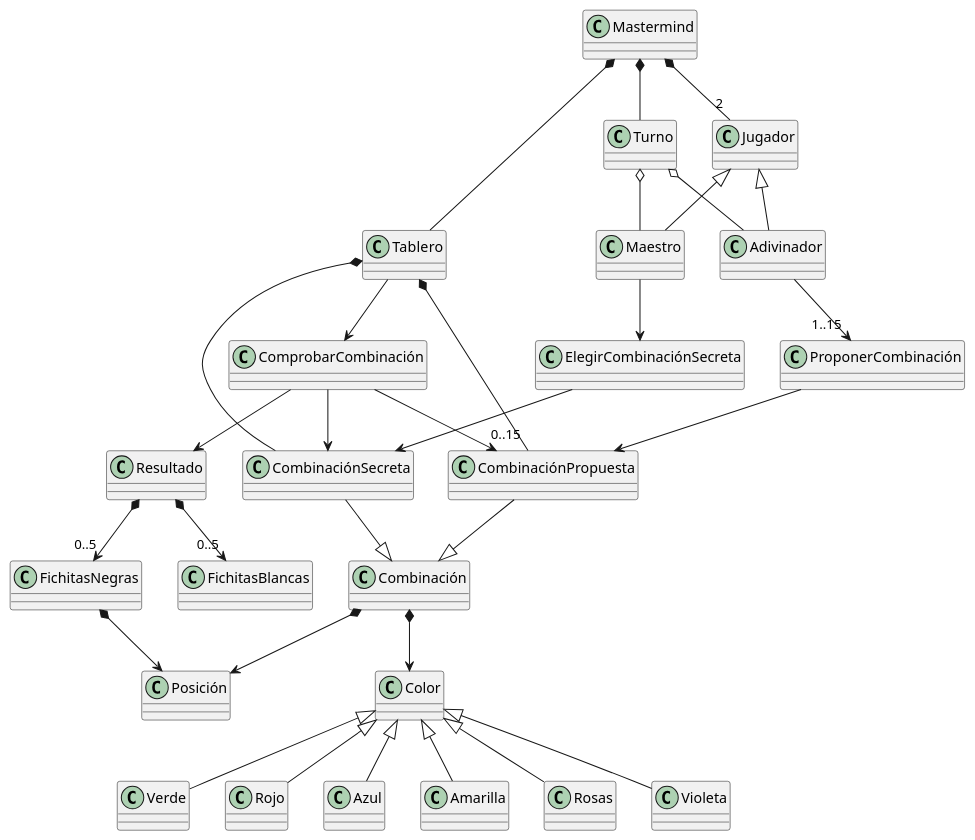
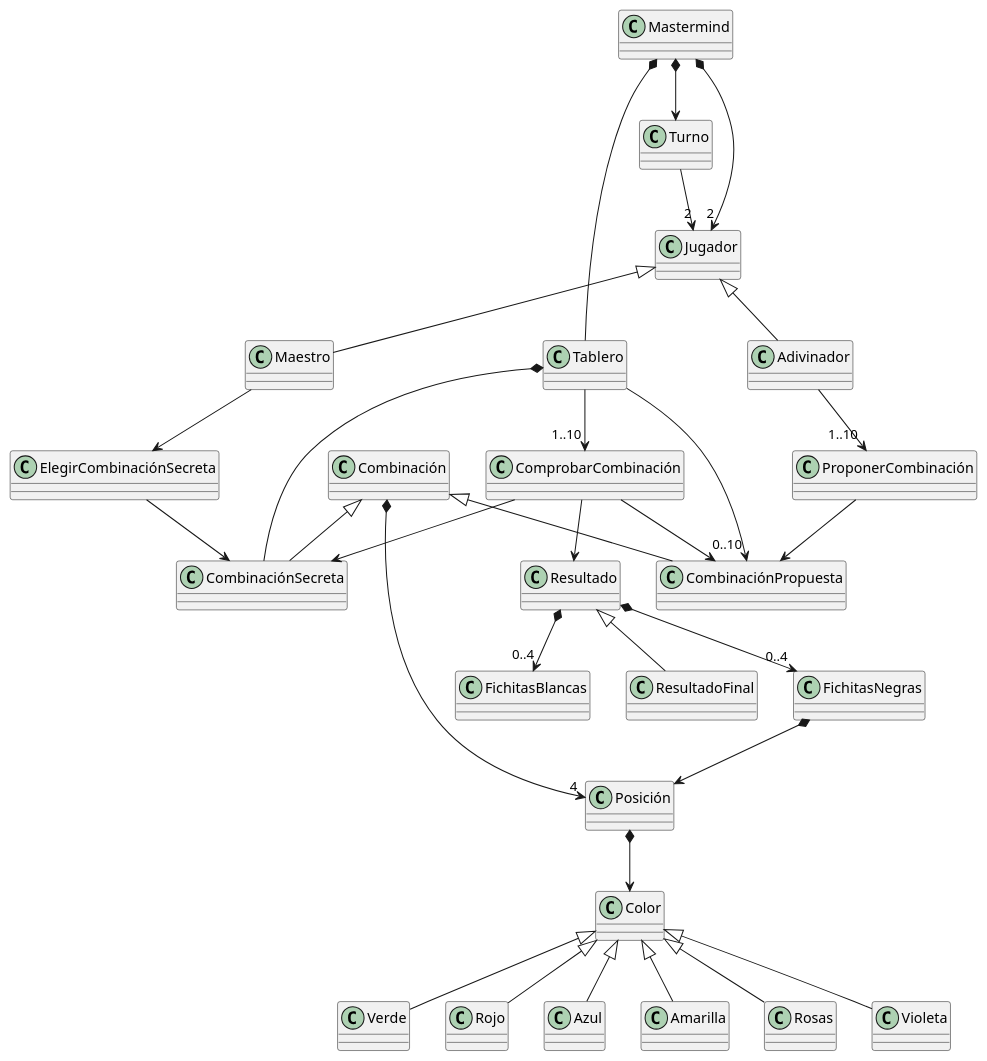
The diagram in Mastermind.puml (Master-Desarrollo-20-21/ejercicio-2-modelo-de-dominio-mastermind-JoaquinRamos), drawn with PlantUML before and after one commit. The commit also changed other lines of this file and 2 other files, not shown here.

Commit message:
Cambios en Turno-Jugador y Posición-Color

```diff
--- a/Mastermind.puml
+++ b/Mastermind.puml
@@ -24,47 +2,47 @@
 @startuml
 
-'note "Hola ¿qué tal?" as Nota1 
-Mastermind *-down- "2" Jugador
+Mastermind *-down-> "2" Jugador
 Mastermind *-down- Tablero
-Mastermind *-down- Turno
+Mastermind *-down-> Turno
 
 
 Jugador <|-down- Maestro
 Jugador <|-down- Adivinador
 
-Turno o-- Maestro
-Turno o-- Adivinador
+Turno --> "2" Jugador
 
 Tablero *-- CombinaciónSecreta
-Tablero *-- "0..15" CombinaciónPropuesta
-Tablero --> ComprobarCombinación 
+Tablero --> "0..10" CombinaciónPropuesta
+Tablero --> "1..10" ComprobarCombinación 
 
-CombinaciónSecreta --|> Combinación 
-CombinaciónPropuesta --|> Combinación 
+CombinaciónSecreta-up-|> Combinación 
+CombinaciónPropuesta -up-|> Combinación 
 
 Maestro --> ElegirCombinaciónSecreta
 ElegirCombinaciónSecreta --> CombinaciónSecreta
-Adivinador-->"1..15" ProponerCombinación
+Adivinador-->"1..10" ProponerCombinación
 ProponerCombinación --> CombinaciónPropuesta 
 
 ComprobarCombinación --> CombinaciónSecreta
 ComprobarCombinación --> CombinaciónPropuesta
 ComprobarCombinación --> Resultado
 
-Resultado *--> "0..5" FichitasNegras
-Resultado *--> "0..5" FichitasBlancas
+Resultado *--> "0..4" FichitasNegras
+Resultado *--> "0..4" FichitasBlancas
 
-Combinación *--> Posición
-Combinación *--> Color
+ResultadoFinal -up-|> Resultado
+
+Combinación *--> "4" Posición
+
+Posición *--> Color
 
 FichitasNegras *--> Posición
 
 Verde -up-|> Color
 Rojo -up-|> Color
 Azul -up-|> Color
 Amarilla -up-|> Color
 Rosas -up-|> Color
 Violeta -up-|> Color
 
-
 @enduml
```
